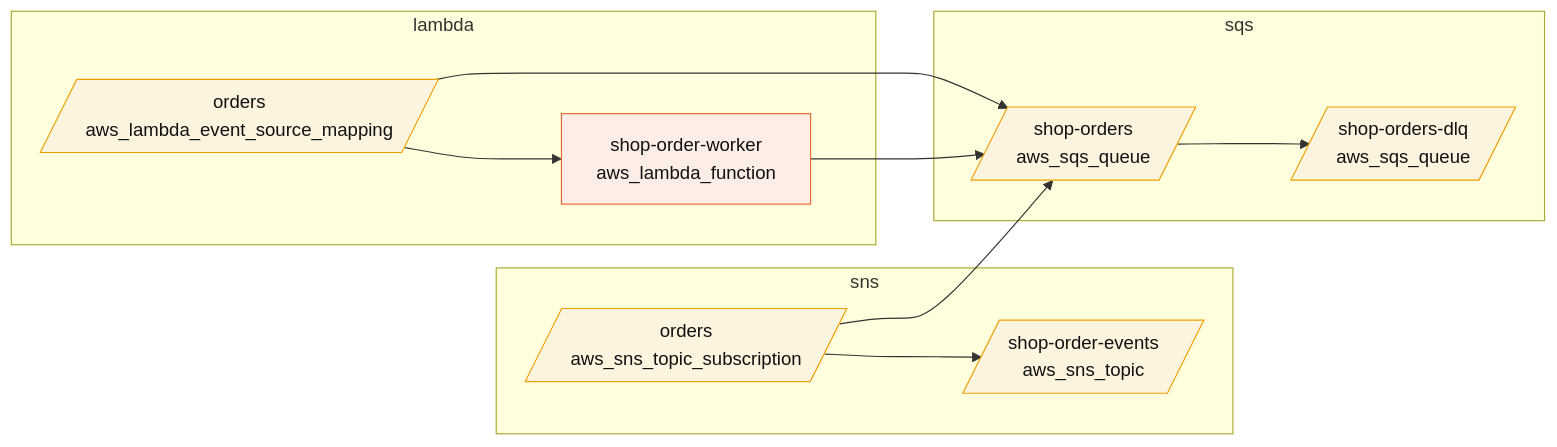
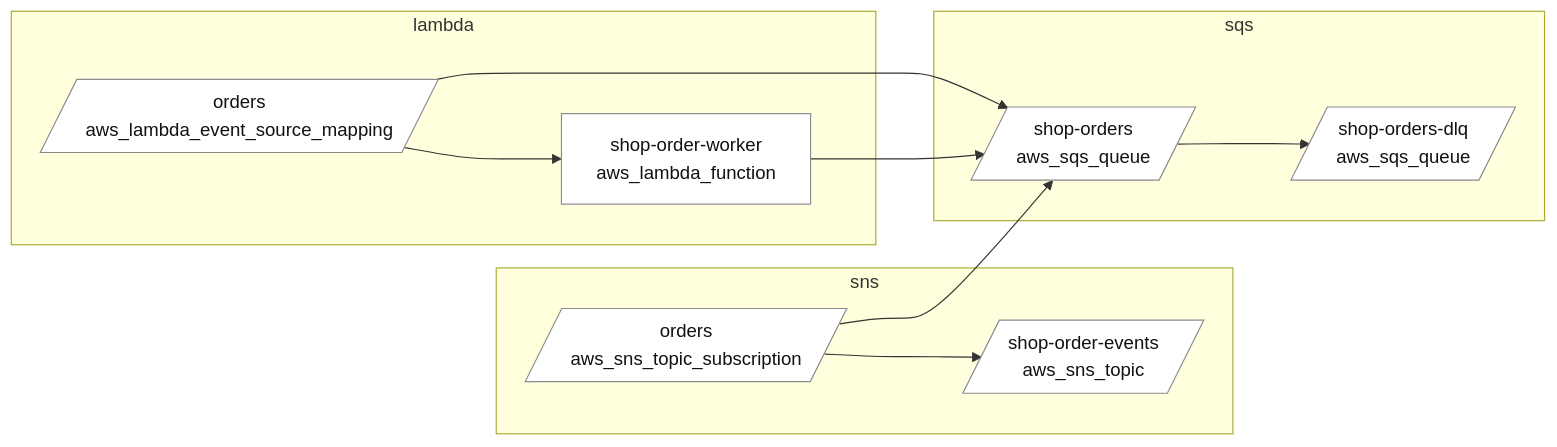
Before and after one commit to brignano/driftwood: the diagram in docs/async.mmd, drawn with Mermaid. The commit also changed 15 other files, not shown here.

First line of the commit message:
style: calm viewer and neutral diagrams, per the design system's diagram rule

```diff
--- a/docs/async.mmd
+++ b/docs/async.mmd
@@ -1,27 +1,27 @@
 flowchart LR
     subgraph n_lambda["lambda"]
         n_aws_lambda_event_source_mapping_orders[/"orders<br/>aws_lambda_event_source_mapping"/]
         n_aws_lambda_function_order_worker["shop-order-worker<br/>aws_lambda_function"]
     end
     subgraph n_sns["sns"]
         n_aws_sns_topic_subscription_orders[/"orders<br/>aws_sns_topic_subscription"/]
         n_aws_sns_topic_order_events[/"shop-order-events<br/>aws_sns_topic"/]
     end
     subgraph n_sqs["sqs"]
         n_aws_sqs_queue_orders[/"shop-orders<br/>aws_sqs_queue"/]
         n_aws_sqs_queue_orders_dlq[/"shop-orders-dlq<br/>aws_sqs_queue"/]
     end
     n_aws_lambda_event_source_mapping_orders --> n_aws_lambda_function_order_worker
     n_aws_lambda_event_source_mapping_orders --> n_aws_sqs_queue_orders
     n_aws_lambda_function_order_worker --> n_aws_sqs_queue_orders
     n_aws_sns_topic_subscription_orders --> n_aws_sns_topic_order_events
     n_aws_sns_topic_subscription_orders --> n_aws_sqs_queue_orders
     n_aws_sqs_queue_orders --> n_aws_sqs_queue_orders_dlq
     class n_aws_lambda_event_source_mapping_orders f_messaging;
     class n_aws_lambda_function_order_worker f_compute;
     class n_aws_sns_topic_subscription_orders f_messaging;
     class n_aws_sns_topic_order_events f_messaging;
     class n_aws_sqs_queue_orders f_messaging;
     class n_aws_sqs_queue_orders_dlq f_messaging;
-    classDef f_compute fill:#fdede7,stroke:#eb6834,color:#111111;
-    classDef f_messaging fill:#fdf4e0,stroke:#eda100,color:#111111;
+    classDef f_compute fill:#ffffff,stroke:#8a8a8f,color:#111111;
+    classDef f_messaging fill:#ffffff,stroke:#8a8a8f,color:#111111;
```
